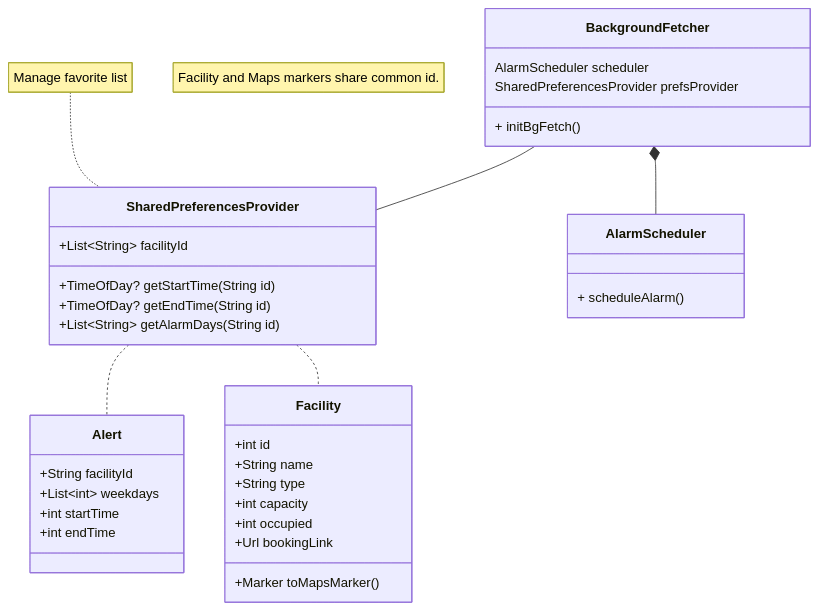
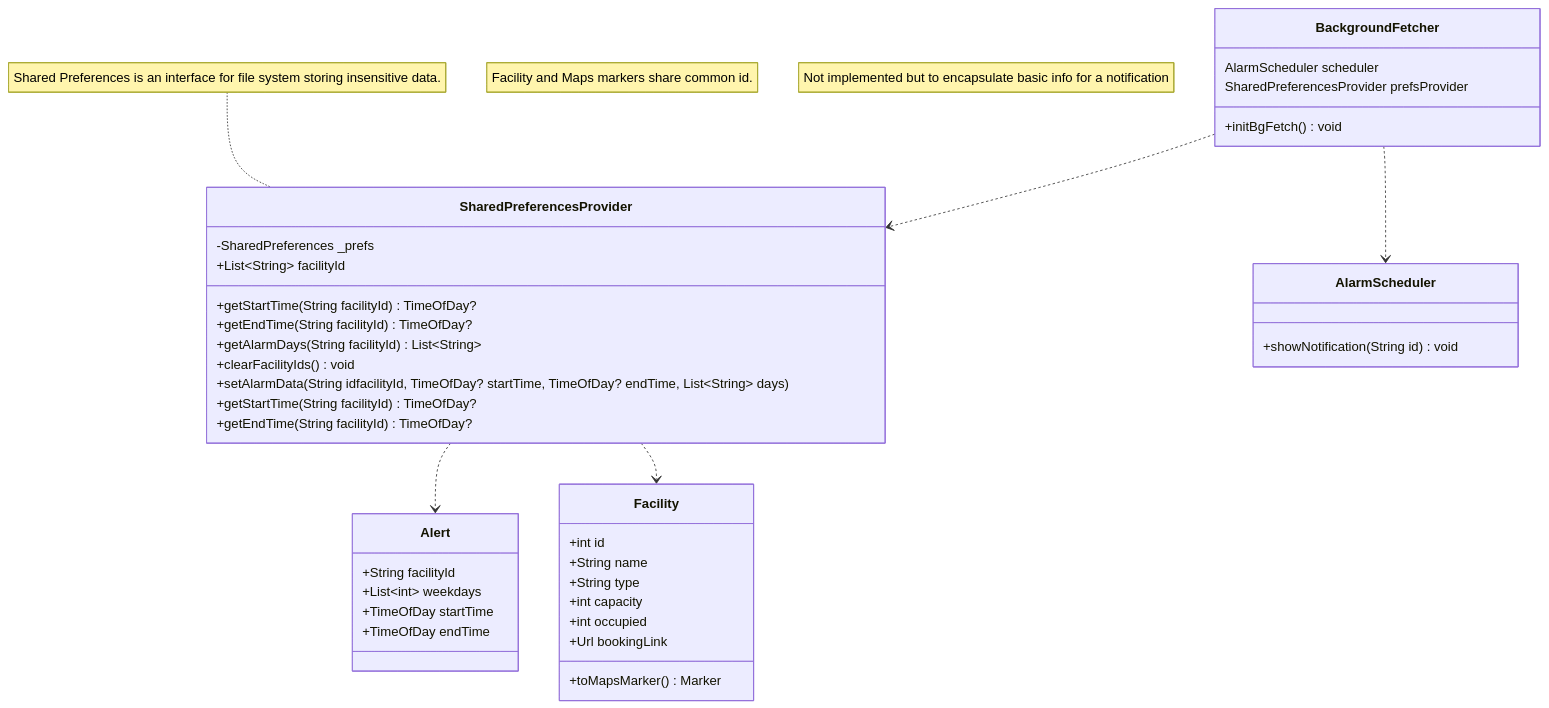
One commit to LeeHengYu/comp3330-project changed the diagram in class_design.md. Above: the diagram before and after it, drawn with Mermaid.

Commit message:
Update class diagram

````diff
--- a/class_design.md
+++ b/class_design.md
@@ -1,45 +1,51 @@
 ```mermaid
 classDiagram
     note "Facility and Maps markers share common id."
     class Facility {
         +int id
         +String name
         +String type
         +int capacity
         +int occupied
         +Url bookingLink
 
-        +Marker toMapsMarker()
+        +toMapsMarker() Marker
     }
 
+    note "Not implemented but to encapsulate basic info for a notification"
     class Alert {
         +String facilityId
         +List~int~ weekdays
-        +int startTime
-        +int endTime
+        +TimeOfDay startTime
+        +TimeOfDay endTime
     }
 
-    note for SharedPreferencesProvider "Manage favorite list"
+    note for SharedPreferencesProvider "Shared Preferences is an interface for file system storing insensitive data."
     class SharedPreferencesProvider {
+        -SharedPreferences _prefs
         +List~String~ facilityId
-        +TimeOfDay? getStartTime(String id)
-        +TimeOfDay? getEndTime(String id)
-        +List~String~ getAlarmDays(String id)
+        +getStartTime(String facilityId) TimeOfDay?
+        +getEndTime(String facilityId) TimeOfDay?
+        +getAlarmDays(String facilityId) List~String~
+        +clearFacilityIds() void
+        +setAlarmData(String idfacilityId, TimeOfDay? startTime, TimeOfDay? endTime, List~String~ days)
+        +getStartTime(String facilityId) TimeOfDay?
+        +getEndTime(String facilityId) TimeOfDay?
     }
 
     class AlarmScheduler {
-        + scheduleAlarm()
+        +showNotification(String id) void
     }
 
     class BackgroundFetcher {
         AlarmScheduler scheduler
         SharedPreferencesProvider prefsProvider
 
-        + initBgFetch()
+        +initBgFetch() void
     }
 
-    SharedPreferencesProvider .. Alert
-    SharedPreferencesProvider .. Facility
-    BackgroundFetcher *-- AlarmScheduler
-    BackgroundFetcher -- SharedPreferencesProvider
+    SharedPreferencesProvider ..> Alert
+    SharedPreferencesProvider ..> Facility
+    BackgroundFetcher ..> AlarmScheduler
+    BackgroundFetcher ..> SharedPreferencesProvider
 ```
````
